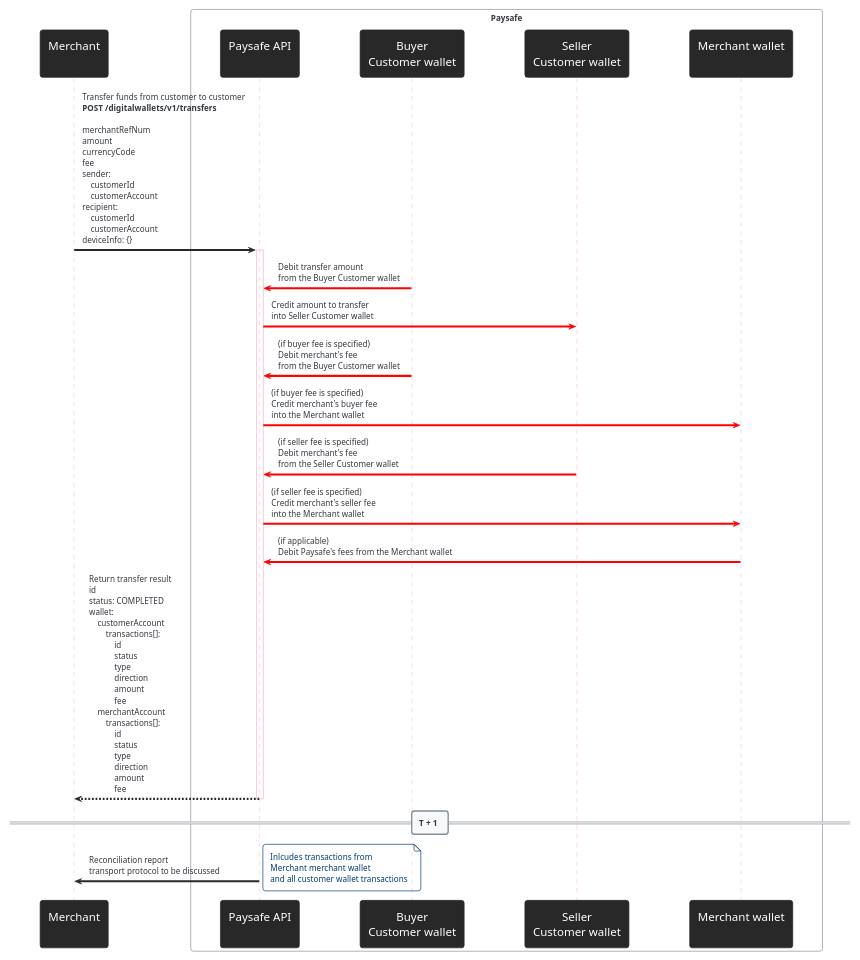
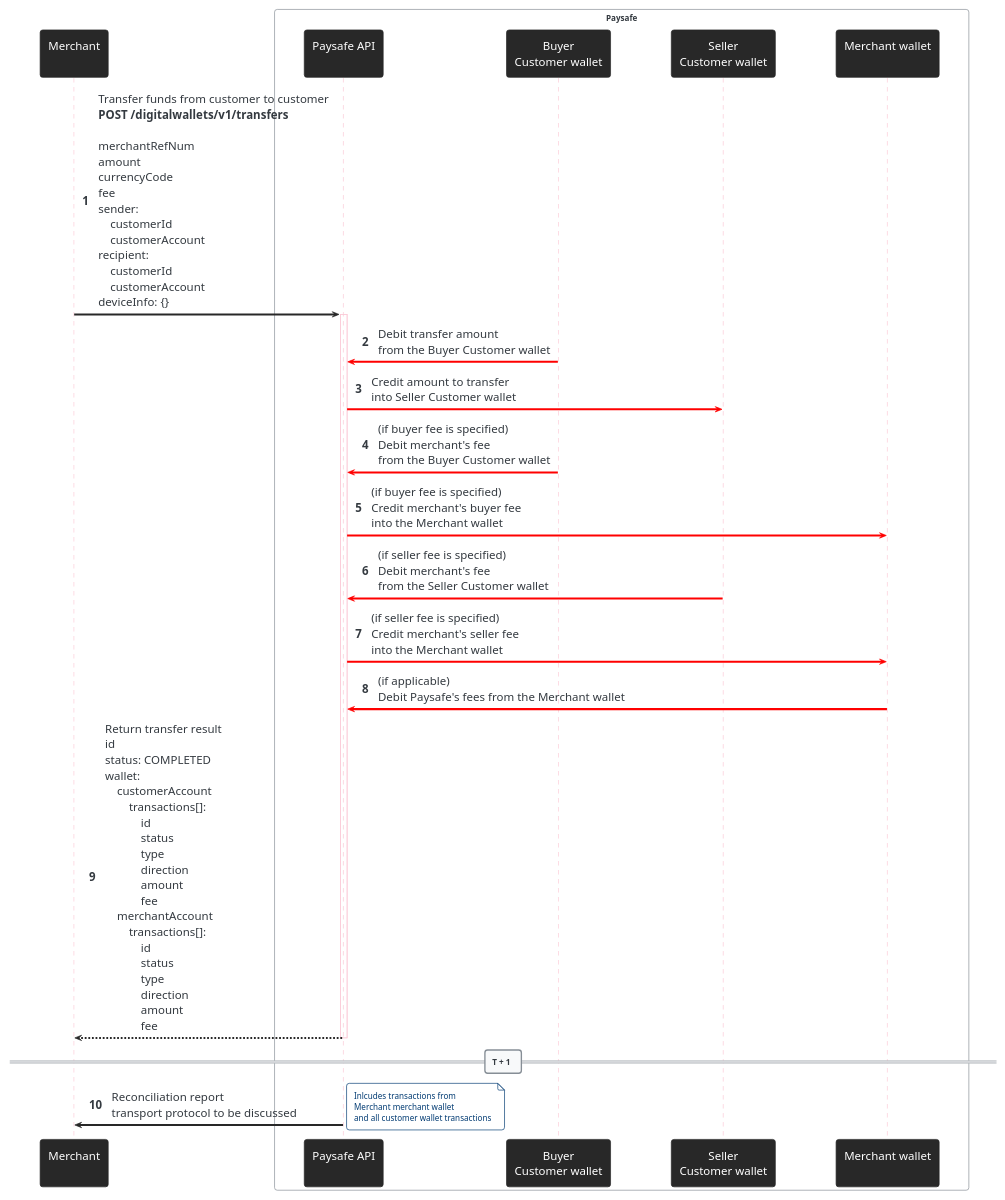
Before and after one commit to paysafegroup/WalletAPI: the eighth of 8 diagrams in diagrams/diagrams.plantuml, drawn with PlantUML. The commit also changed other lines of this file and 14 other files, not shown here.

Commit message:
Diagrams are now SVG for improved readability

```diff
--- a/diagrams/diagrams.plantuml
+++ b/diagrams/diagrams.plantuml
@@ -369,42 +364,45 @@
 @startuml "6-Transfers-customer-to-customer"
     !theme cerulean-outline
 
     skinparam dpi 72
     skinparam shadowing false
     skinparam backgroundColor #FFFFFF
     skinparam Sequence {
         ParticipantBorderColor #282828
         ParticipantBackgroundColor #282828
         ParticipantFontSize 17
         ParticipantFontColor #FFFFFF
         ArrowColor #282828
+        ArrowFontSize 17
         LifeLineBorderColor #FBC9D6
     }
 
     participant "Merchant\n" as Merchant
     box "Paysafe"
         participant "Paysafe API\n" as PaysafeAPI
         participant "Buyer\nCustomer wallet" as CW_Buyer
         participant "Seller\nCustomer wallet" as CW_Seller
         participant "Merchant wallet\n" as MW
     end box
+
+    autonumber
 
     Merchant -> PaysafeAPI: Transfer funds from customer to customer\n**POST /digitalwallets/v1/transfers**\n\nmerchantRefNum\namount\ncurrencyCode\nfee\nsender:\n    customerId\n    customerAccount\nrecipient:\n    customerId\n    customerAccount\ndeviceInfo: {}
         activate PaysafeAPI
 
         PaysafeAPI <-[#FF0000] CW_Buyer: Debit transfer amount\nfrom the Buyer Customer wallet
         PaysafeAPI [#FF0000]-> CW_Seller: Credit amount to transfer\ninto Seller Customer wallet
         PaysafeAPI <-[#FF0000] CW_Buyer: (if buyer fee is specified)\nDebit merchant's fee\nfrom the Buyer Customer wallet
         PaysafeAPI [#FF0000]-> MW: (if buyer fee is specified)\nCredit merchant's buyer fee\ninto the Merchant wallet
         PaysafeAPI <-[#FF0000] CW_Seller: (if seller fee is specified)\nDebit merchant's fee\nfrom the Seller Customer wallet
         PaysafeAPI [#FF0000]-> MW: (if seller fee is specified)\nCredit merchant's seller fee\ninto the Merchant wallet
         PaysafeAPI <-[#FF0000] MW: (if applicable)\nDebit Paysafe's fees from the Merchant wallet
 
         Merchant <-- PaysafeAPI: Return transfer result\nid\nstatus: COMPLETED\nwallet:\n    customerAccount\n        transactions[]:\n            id\n            status\n            type\n            direction\n            amount\n            fee            \n    merchantAccount\n        transactions[]:\n            id\n            status\n            type\n            direction\n            amount\n            fee
     deactivate PaysafeAPI
 
 	== T + 1 ==
 
  	PaysafeAPI -> Merchant: Reconciliation report\ntransport protocol to be discussed
     note right: Inlcudes transactions from\nMerchant merchant wallet \nand all customer wallet transactions
 @enduml
```
